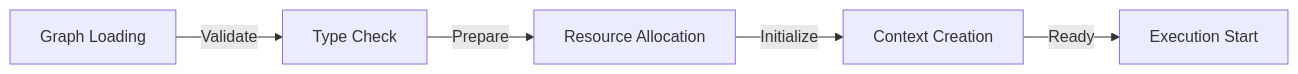
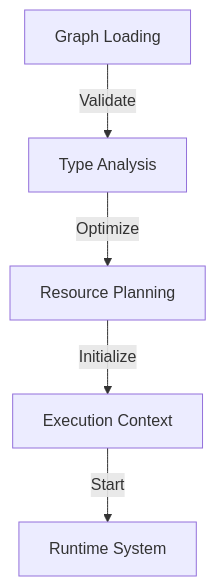
One commit to badaitech/badai-docs changed the first of 2 diagrams in docs/03_chain_graph/execution.md. Above: the diagram before and after it, drawn with Mermaid. The commit also changed other lines of this file and 6 other files, not shown here.

````diff
--- a/docs/03_chain_graph/execution.md
+++ b/docs/03_chain_graph/execution.md
@@ -54,7 +38,7 @@
 ```mermaid
-graph LR
-    A[Graph Loading] -->|Validate| B[Type Check]
-    B -->|Prepare| C[Resource Allocation]
-    C -->|Initialize| D[Context Creation]
-    D -->|Ready| E[Execution Start]
+graph TD
+    A[Graph Loading] -->|Validate| B[Type Analysis]
+    B -->|Optimize| C[Resource Planning]
+    C -->|Initialize| D[Execution Context]
+    D -->|Start| E[Runtime System]
 ```
````
